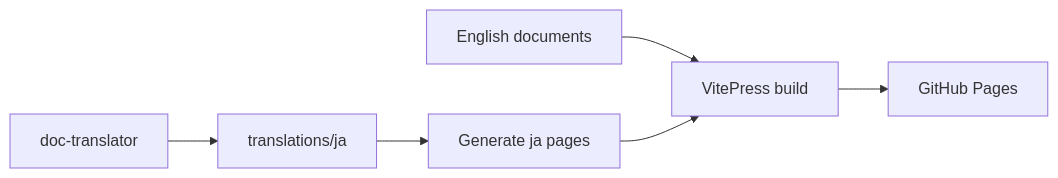
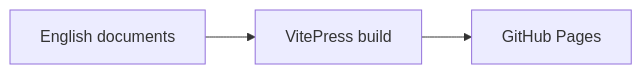
One commit to syudead/vv changed the diagram in docs/how-to/docs-site.md. Above: the diagram before and after it, drawn with Mermaid. The commit also changed other lines of this file and 79 other files, not shown here.

````diff
--- a/docs/how-to/docs-site.md
+++ b/docs/how-to/docs-site.md
@@ -12,8 +10,5 @@
 ```mermaid
 flowchart LR
-  en[English documents] --> vp[VitePress build]
-  tr[translations/ja] --> gen[Generate ja pages]
-  gen --> vp
+  docs[English documents] --> vp[VitePress build]
   vp --> pages[GitHub Pages]
-  agent[doc-translator] --> tr
 ```
````
